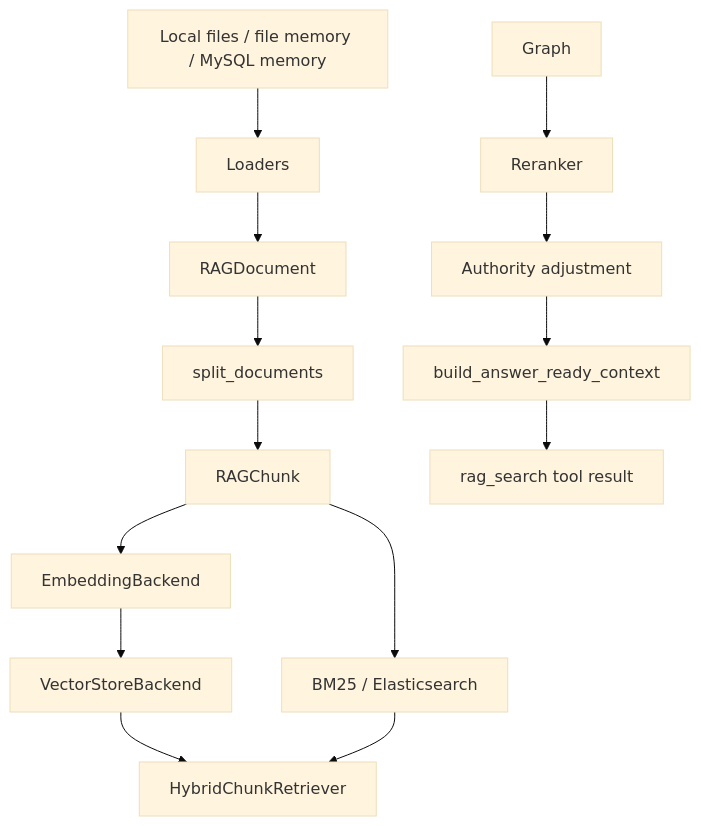
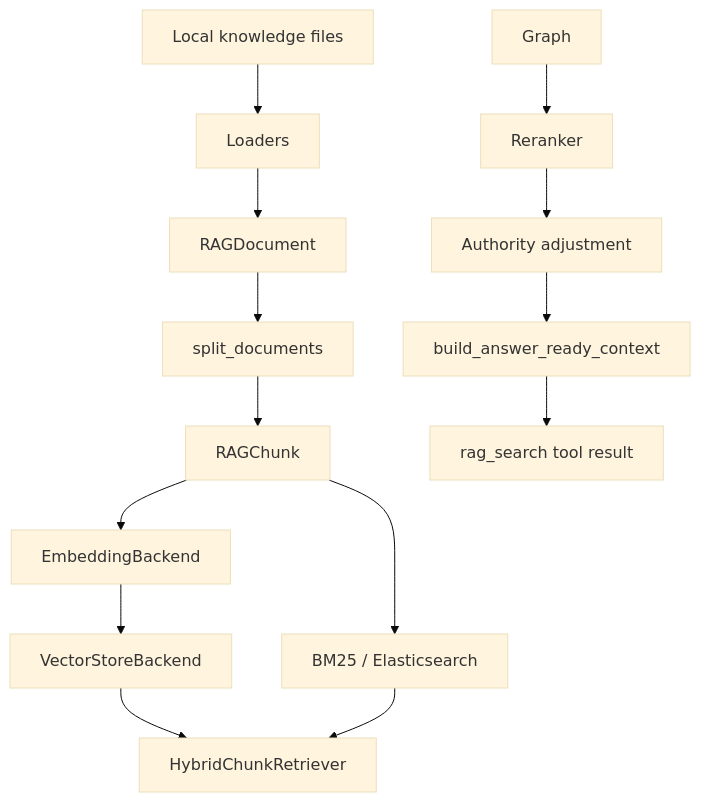
Before and after one commit to kkaaakk/public_opinion_research: the diagram in docs/architecture/rag.md, drawn with Mermaid (base theme). The commit also changed other lines of this file and 35 other files, not shown here.

Commit message:
fix(ci): remove retired graph and memory references

````diff
--- a/docs/architecture/rag.md
+++ b/docs/architecture/rag.md
@@ -36,16 +36,16 @@
 ```mermaid
 flowchart TD
-    Sources[Local files / file memory / MySQL memory] --> Loader[Loaders]
+    Sources[Local knowledge files] --> Loader[Loaders]
     Loader --> Docs[RAGDocument]
     Docs --> Splitter[split_documents]
     Splitter --> Chunks[RAGChunk]
     Chunks --> Embeddings[EmbeddingBackend]
     Embeddings --> VectorStore[VectorStoreBackend]
     Chunks --> BM25[BM25 / Elasticsearch]
     VectorStore --> Retriever[HybridChunkRetriever]
     BM25 --> Retriever
     Graph --> Reranker[Reranker]
     Reranker --> Authority[Authority adjustment]
     Authority --> Citations[build_answer_ready_context]
     Citations --> Agent[rag_search tool result]
 ```
````
